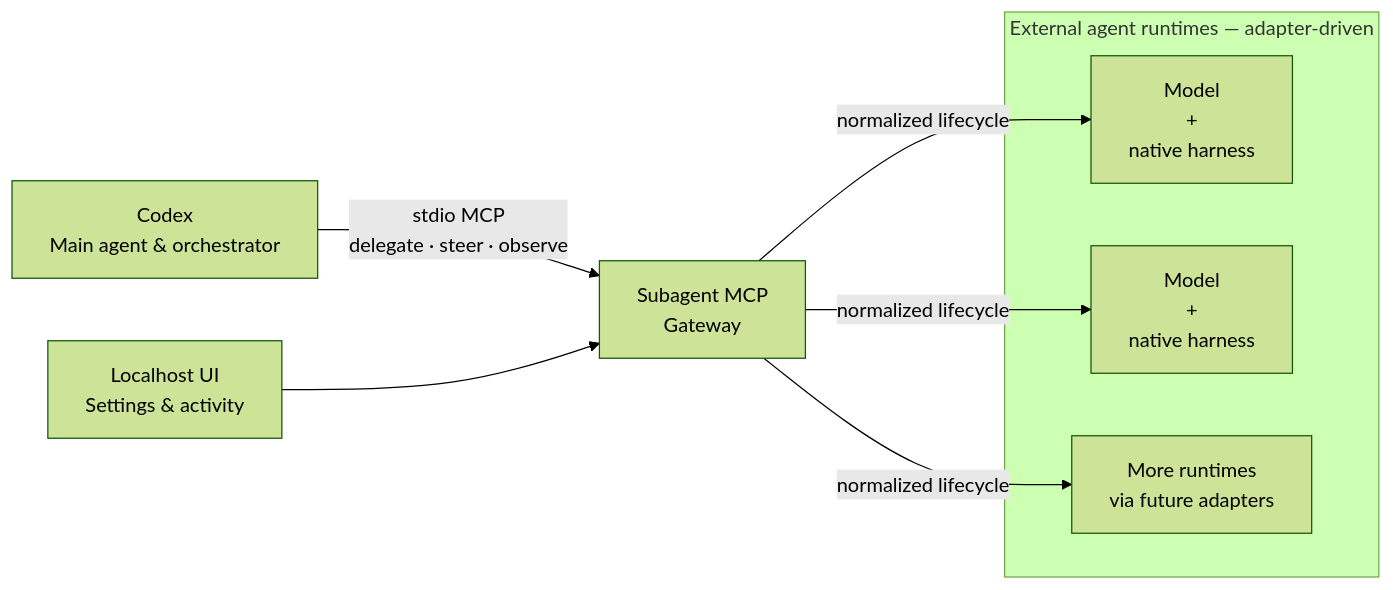
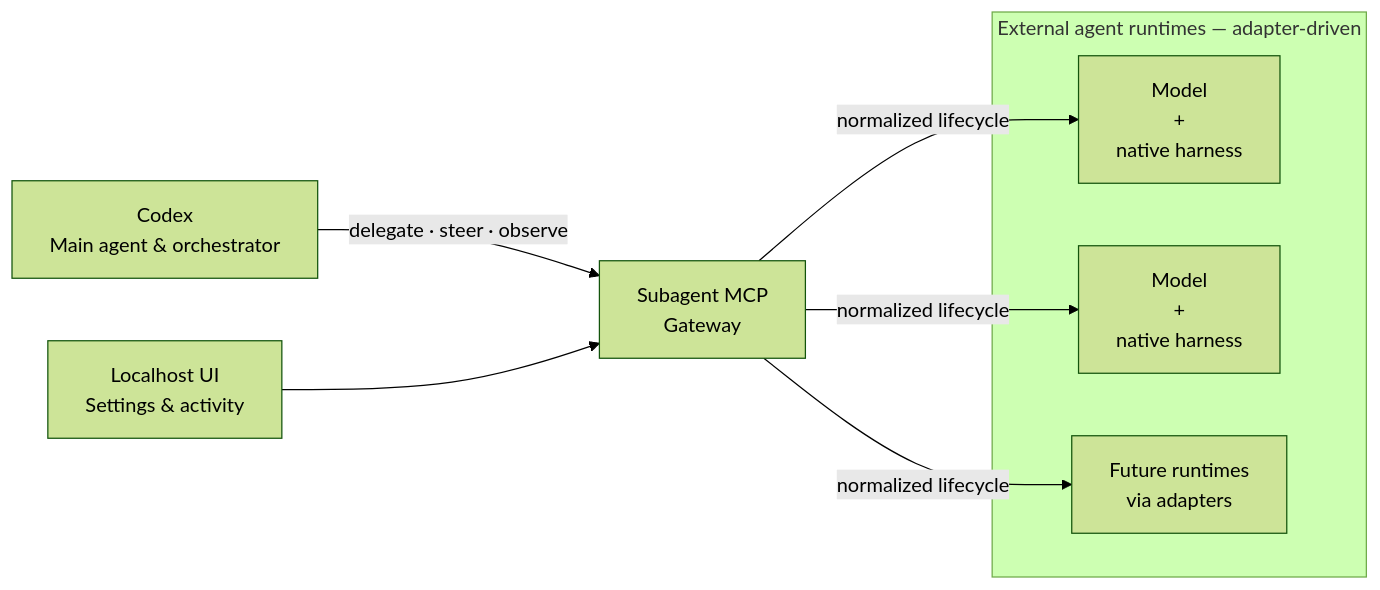
One commit to Thang1710/subagent-mcp changed the diagram in README.md. Above: the diagram before and after it, drawn with Mermaid (forest theme). The commit also changed other lines of this file, not shown here.

````diff
--- a/README.md
+++ b/README.md
@@ -195,19 +113,19 @@
 ```mermaid
 flowchart LR
     C["Codex<br/>Main agent & orchestrator"]
     M["Subagent MCP<br/>Gateway"]
     UI["Localhost UI<br/>Settings & activity"]
 
-    C -->|"stdio MCP<br/>delegate · steer · observe"| M
+    C -->|"delegate · steer · observe"| M
     UI --> M
 
     subgraph E["External agent runtimes — adapter-driven"]
         R1["Model<br/>+<br/>native harness"]
         R2["Model<br/>+<br/>native harness"]
-        RN["More runtimes<br/>via future adapters"]
+        RN["Future runtimes<br/>via adapters"]
     end
 
     M -->|"normalized lifecycle"| R1
     M -->|"normalized lifecycle"| R2
     M -->|"normalized lifecycle"| RN
 ```
````
